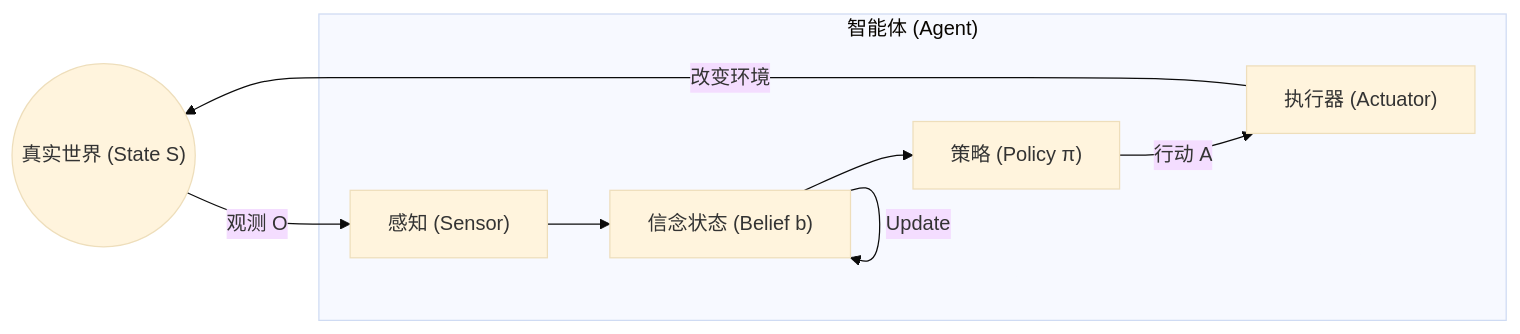
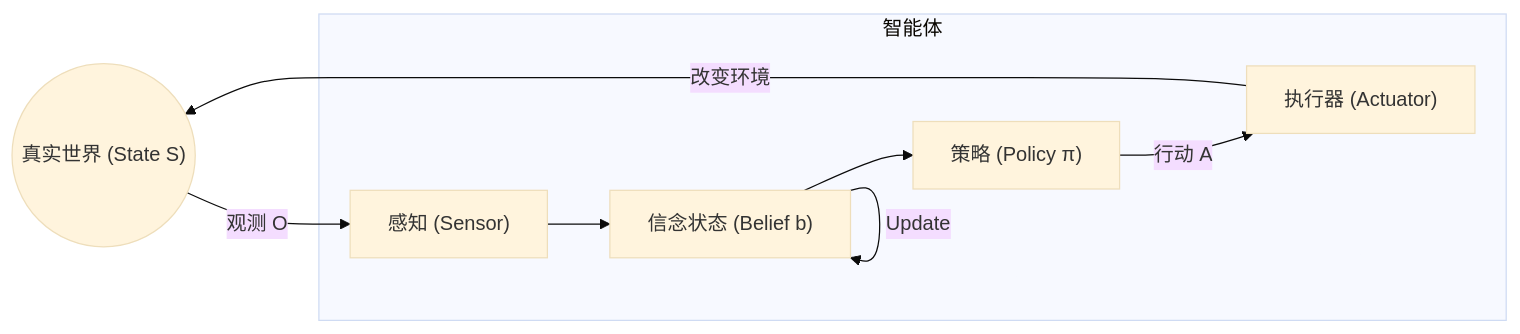
The diagram in 01_paradigm/1.2_theory.md (yeasy/agentic_ai_guide), drawn with Mermaid (base theme) before and after one commit. The commit also changed other lines of this file and 33 other files, not shown here.

````diff
--- a/01_paradigm/1.2_theory.md
+++ b/01_paradigm/1.2_theory.md
@@ -49,16 +49,16 @@
 ```mermaid
 graph LR
     World(("真实世界 (State S)")) -- "观测 O" --> Sensor["感知 (Sensor)"]
     Sensor --> Belief["信念状态 (Belief b)"]
     Belief -- "Update" --> Belief
     Belief --> Policy["策略 (Policy π)"]
     Policy -- "行动 A" --> Actuator["执行器 (Actuator)"]
     Actuator -- "改变环境" --> World
 
-    subgraph Agent ["智能体 (Agent)"]
+    subgraph Agent ["智能体"]
         Sensor
         Belief
         Policy
         Actuator
     end
 ```
````
